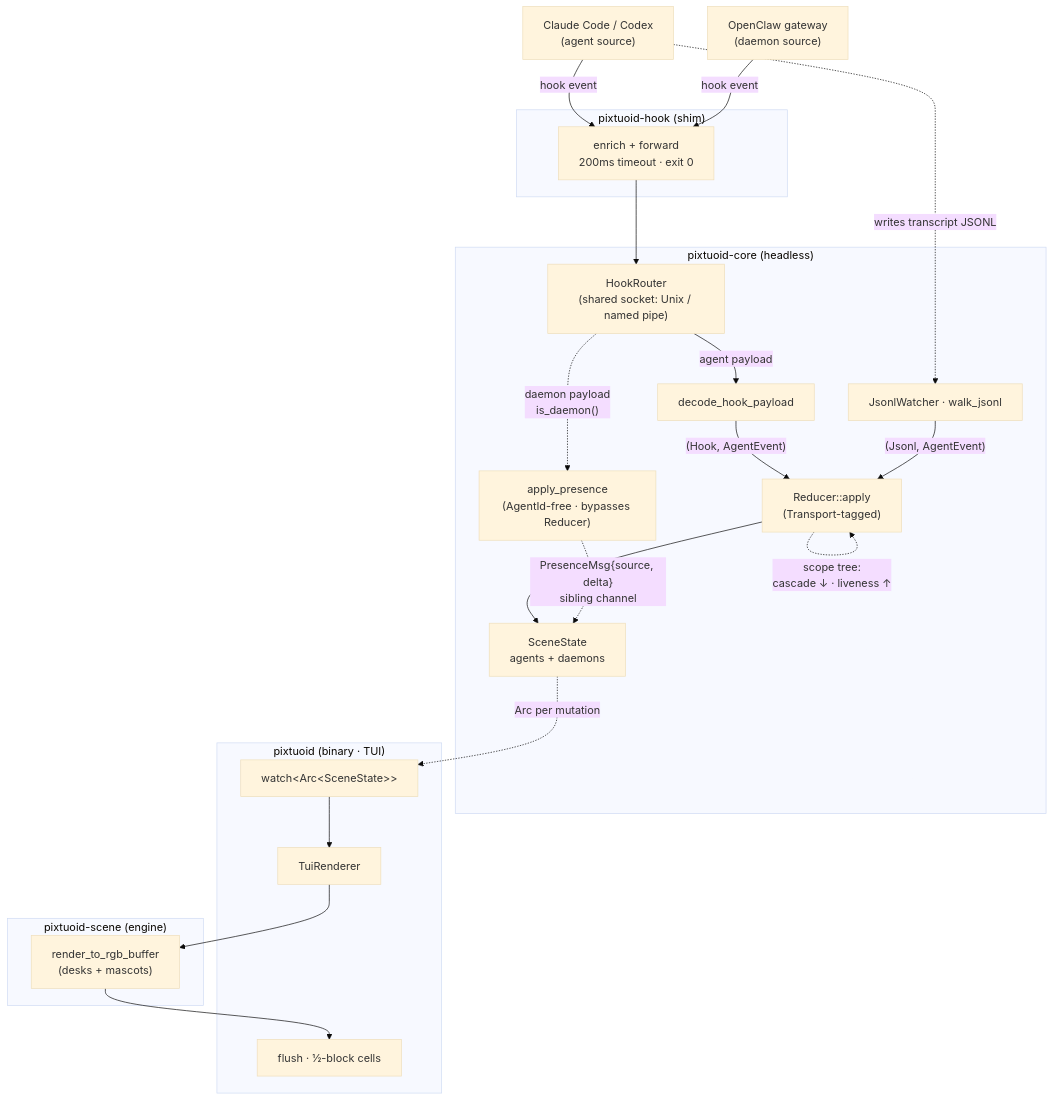
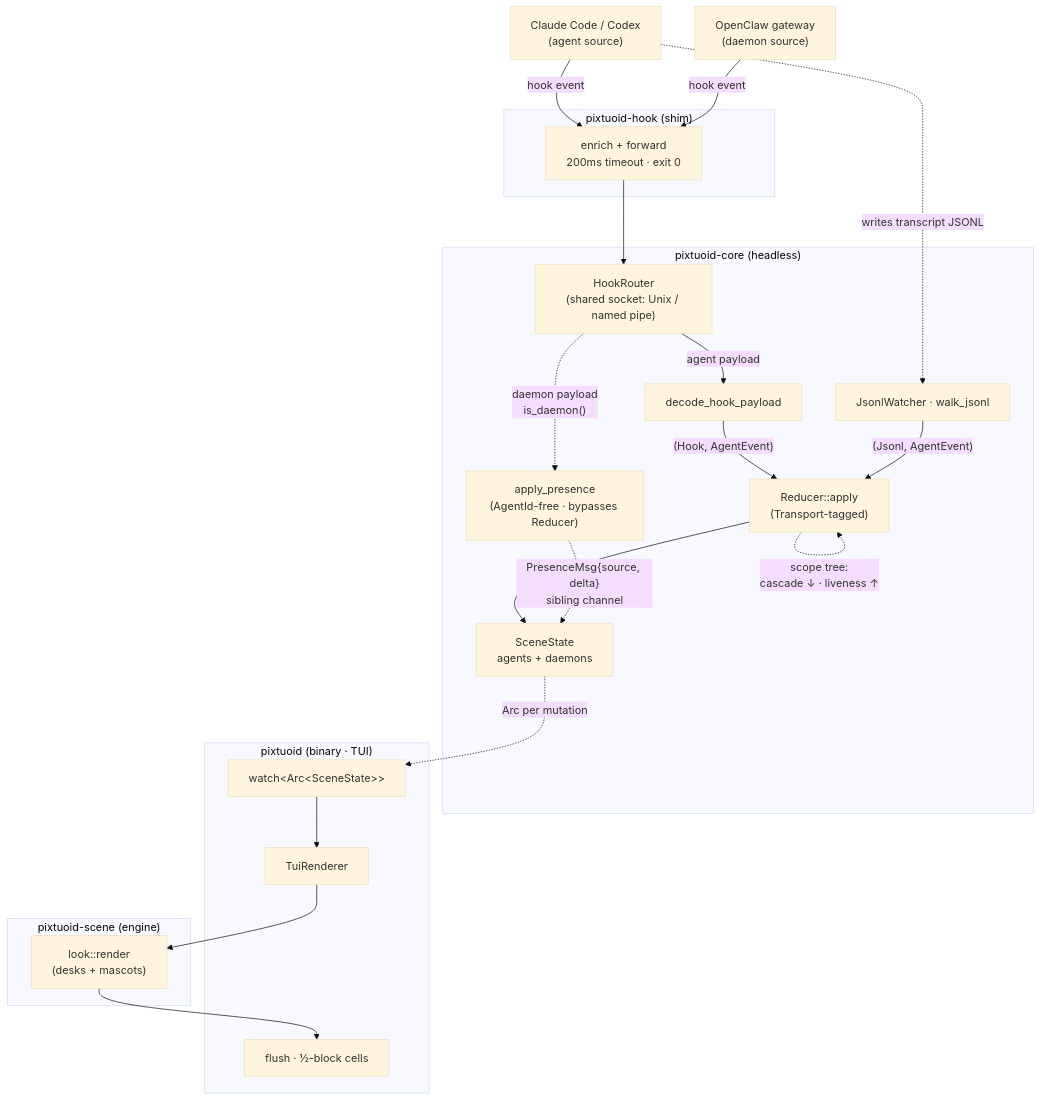
One commit to IvanWng97/pixtuoid changed the diagram in docs/ARCHITECTURE.md. Above: the diagram before and after it, drawn with Mermaid (base theme). The commit also changed other lines of this file and 38 other files, not shown here.

First line of the commit message:
refactor: every painter draws through look::render; the floor is model-only

````diff
--- a/docs/ARCHITECTURE.md
+++ b/docs/ARCHITECTURE.md
@@ -48,45 +47,45 @@
 ```mermaid
 flowchart TB
   accTitle: pixtuoid data flow
   accDescr: A hook or transcript event flows from a coding agent (Claude Code, Codex) through the pixtuoid-hook shim into pixtuoid-core, where a HookRouter demuxes agent payloads to the Transport-tagged reducer and SceneState.agents. A daemon gateway (OpenClaw) shares the same shim and socket but is routed instead to apply_presence and SceneState.daemons over a sibling channel that bypasses the reducer. The pixtuoid TUI renderer then paints the whole scene through the pixtuoid-scene engine's terminal-agnostic pixel pass and a half-block flush.
   CC["Claude Code / Codex<br/>(agent source)"]
   OC["OpenClaw gateway<br/>(daemon source)"]
 
   subgraph hook["pixtuoid-hook (shim)"]
     SH["enrich + forward<br/>200ms timeout · exit 0"]
   end
 
   subgraph core["pixtuoid-core (headless)"]
     L["HookRouter<br/>(shared socket: Unix / named pipe)"]
     D["decode_hook_payload"]
     J["JsonlWatcher · walk_jsonl"]
     R["Reducer::apply<br/>(Transport-tagged)"]
     AP["apply_presence<br/>(AgentId-free · bypasses Reducer)"]
     S["SceneState<br/>agents + daemons"]
     L -->|agent payload| D
     L -.->|"daemon payload<br/>is_daemon()"| AP
     D -->|"(Hook, AgentEvent)"| R
     J -->|"(Jsonl, AgentEvent)"| R
     R --> S
     AP -.->|"PresenceMsg{source, delta}<br/>sibling channel"| S
     R -.->|"scope tree:<br/>cascade ↓ · liveness ↑"| R
   end
 
   subgraph bin["pixtuoid (binary · TUI)"]
     W["watch&lt;Arc&lt;SceneState&gt;&gt;"]
     TR["TuiRenderer"]
     FL["flush · ½-block cells"]
   end
 
   subgraph scene["pixtuoid-scene (engine)"]
-    PX["render_to_rgb_buffer<br/>(desks + mascots)"]
+    PX["look::render<br/>(desks + mascots)"]
   end
 
   W --> TR --> PX --> FL
 
   CC -->|hook event| SH
   OC -->|hook event| SH
   SH --> L
   CC -.->|writes transcript JSONL| J
   S -. Arc per mutation .-> W
 ```
````
